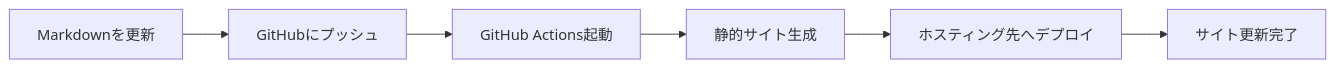
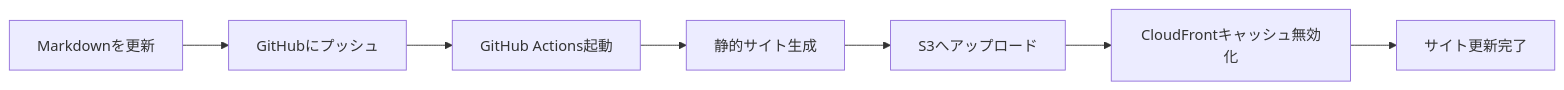
Before and after one commit to goataka/document-driven-development: the diagram in docs/deploy/STATIC_SITE.md, drawn with Mermaid. The commit also changed other lines of this file and 5 other files, not shown here.

````diff
--- a/docs/deploy/STATIC_SITE.md
+++ b/docs/deploy/STATIC_SITE.md
@@ -140,8 +356,9 @@
 ```mermaid
 graph LR
     A[Markdownを更新] --> B[GitHubにプッシュ]
     B --> C[GitHub Actions起動]
     C --> D[静的サイト生成]
-    D --> E[ホスティング先へデプロイ]
-    E --> F[サイト更新完了]
+    D --> E[S3へアップロード]
+    E --> F[CloudFrontキャッシュ無効化]
+    F --> G[サイト更新完了]
 ```
````
